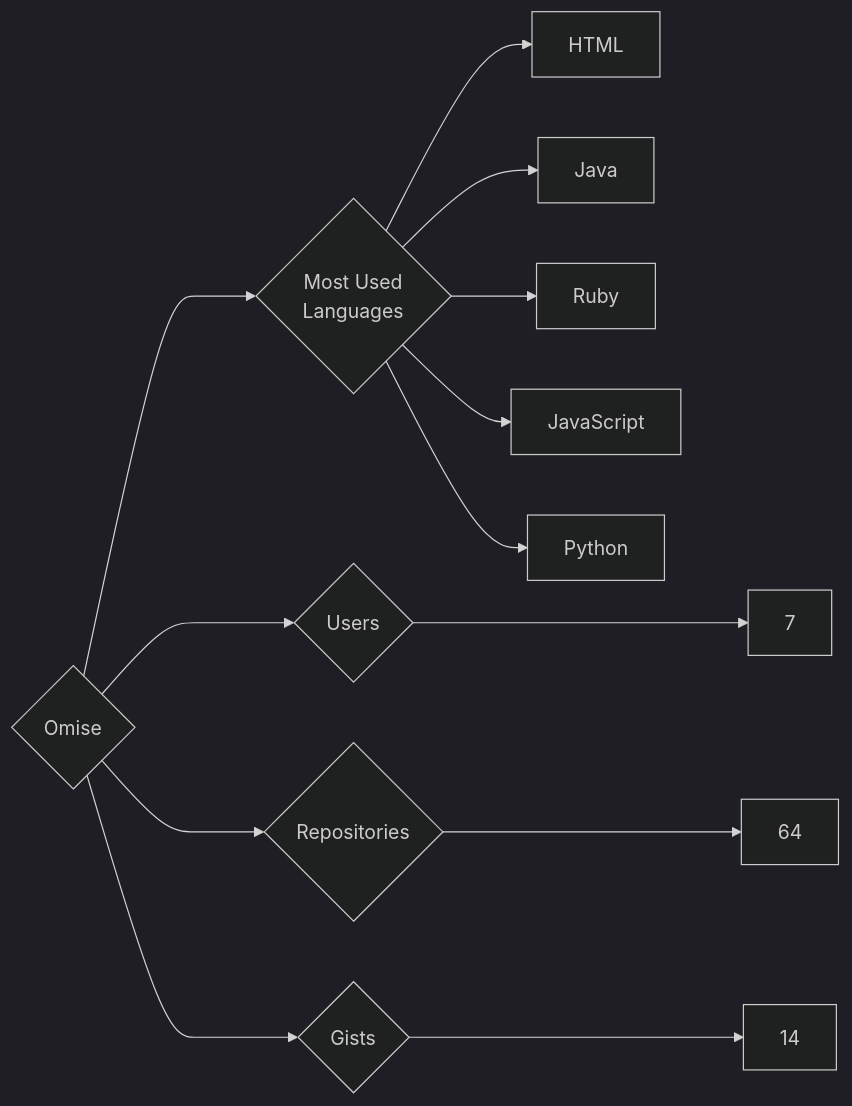
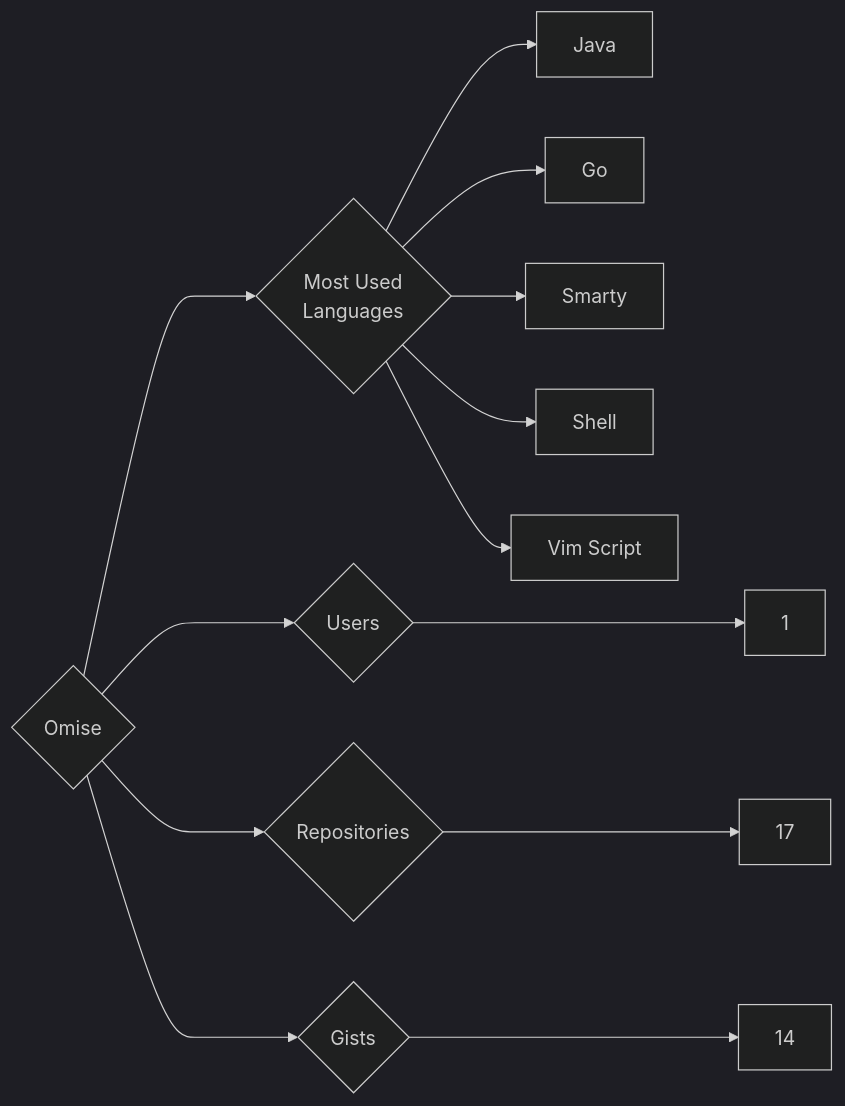
One commit to trickest/insiders changed the diagram in targets/Omise/README.md. Above: the diagram before and after it, drawn with Mermaid (dark theme). The commit also changed 815 other files, not shown here.

````diff
--- a/targets/Omise/README.md
+++ b/targets/Omise/README.md
@@ -3,13 +3,13 @@
 ```mermaid
 graph LR
 COMPANY_NAME{Omise}
-COMPANY_NAME ---> U{Users} ---> UN[7]
-COMPANY_NAME ---> R{Repositories} ---> RN[64]
+COMPANY_NAME ---> U{Users} ---> UN[1]
+COMPANY_NAME ---> R{Repositories} ---> RN[17]
 COMPANY_NAME ---> G{Gists} ---> GN[14]
 COMPANY_NAME ---> ML{Most Used<br>Languages}
-ML --> HTML[HTML]
 ML --> Java[Java]
-ML --> Ruby[Ruby]
-ML --> JavaScript[JavaScript]
-ML --> Python[Python]
+ML --> Go[Go]
+ML --> Smarty[Smarty]
+ML --> Shell[Shell]
+ML --> Vim_Script[Vim Script]
 ```
````
